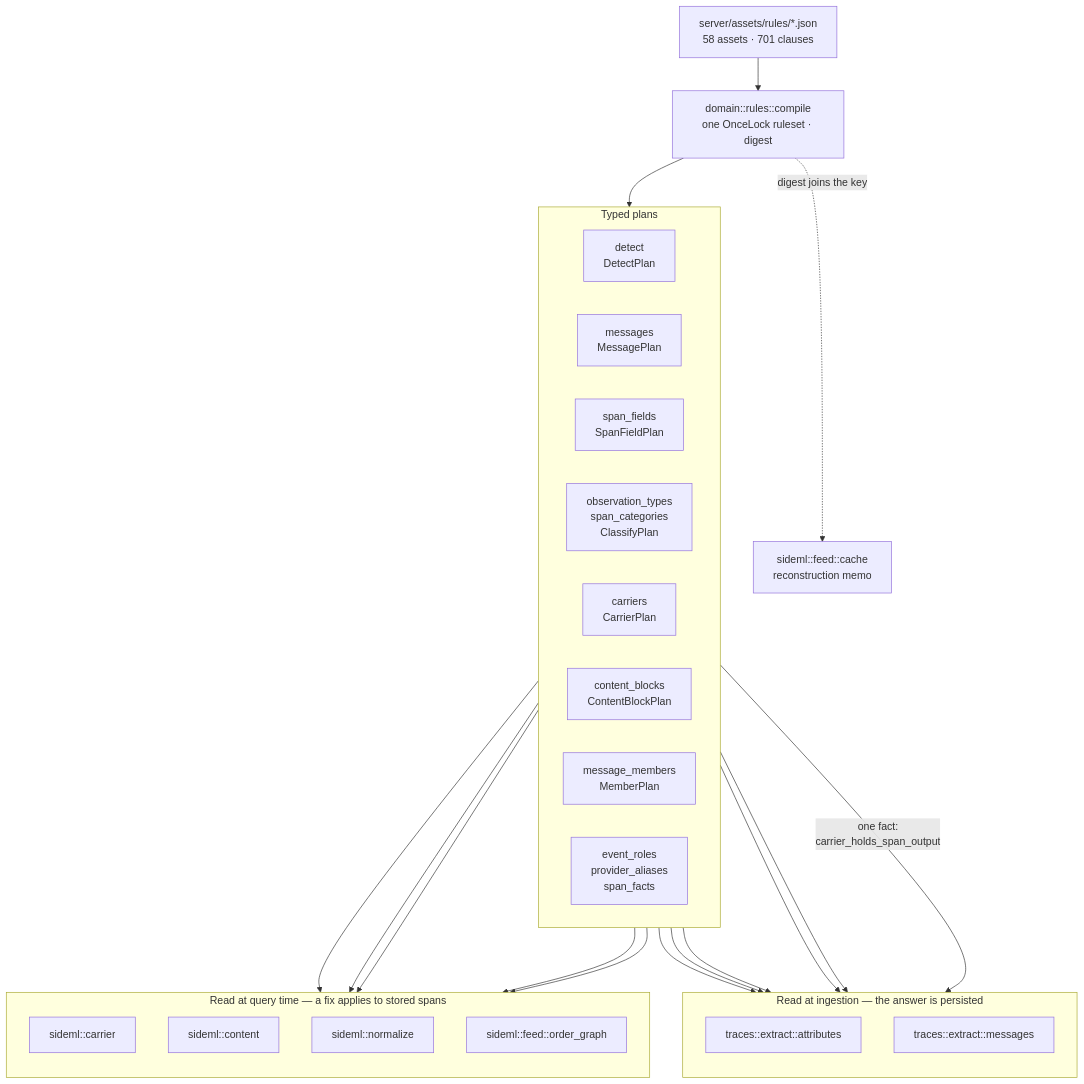
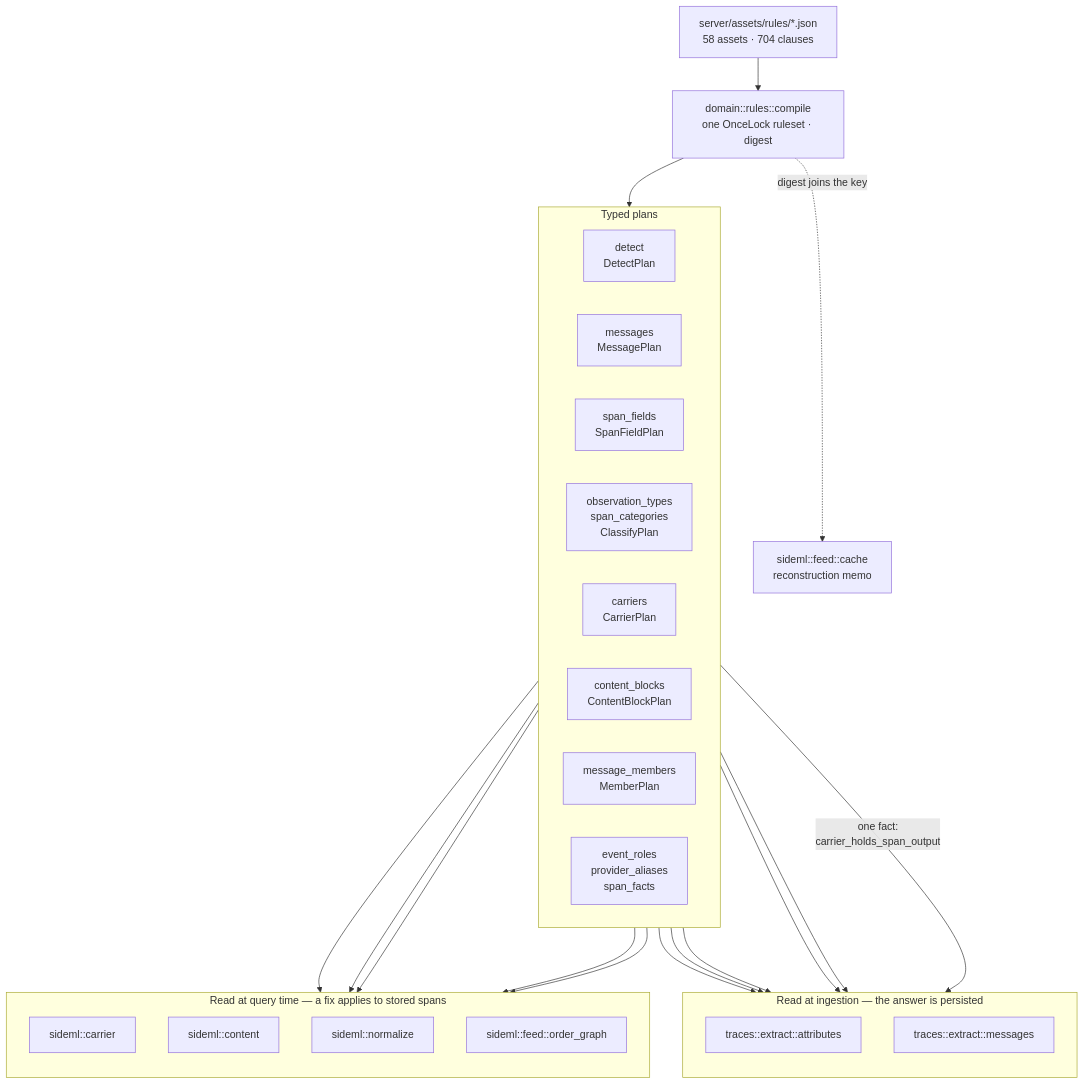
The first of 7 diagrams in docs/engineering/architecture-diagrams.md (sideseat/sideseat), drawn with Mermaid before and after one commit. The commit also changed 91 other files, not shown here.

````diff
--- a/docs/engineering/architecture-diagrams.md
+++ b/docs/engineering/architecture-diagrams.md
@@ -18,47 +18,47 @@
 ```mermaid
 flowchart TB
-    assets["server/assets/rules/*.json<br/>58 assets · 701 clauses"]
+    assets["server/assets/rules/*.json<br/>58 assets · 704 clauses"]
     compile["domain::rules::compile<br/>one OnceLock ruleset · digest"]
     assets --> compile
 
     subgraph plans["Typed plans"]
         direction LR
         detect["detect<br/>DetectPlan"]
         messages["messages<br/>MessagePlan"]
         fields["span_fields<br/>SpanFieldPlan"]
         classify["observation_types<br/>span_categories<br/>ClassifyPlan"]
         carriers["carriers<br/>CarrierPlan"]
         blocks["content_blocks<br/>ContentBlockPlan"]
         members["message_members<br/>MemberPlan"]
         roles["event_roles<br/>provider_aliases<br/>span_facts"]
     end
     compile --> plans
 
     subgraph ingest["Read at ingestion — the answer is persisted"]
         direction TB
         attrs["traces::extract::attributes"]
         msgs["traces::extract::messages"]
     end
 
     subgraph query["Read at query time — a fix applies to stored spans"]
         direction TB
         carrier["sideml::carrier"]
         content["sideml::content"]
         normalize["sideml::normalize"]
         order["sideml::feed::order_graph"]
     end
 
     detect --> attrs
     fields --> attrs
     classify --> attrs
     roles --> attrs
     messages --> msgs
     carriers -->|"one fact:<br/>carrier_holds_span_output"| msgs
     carriers --> carrier
     carriers --> order
     blocks --> content
     members --> content
     roles --> normalize
 
     compile -. "digest joins the key" .-> cache["sideml::feed::cache<br/>reconstruction memo"]
 ```
````
